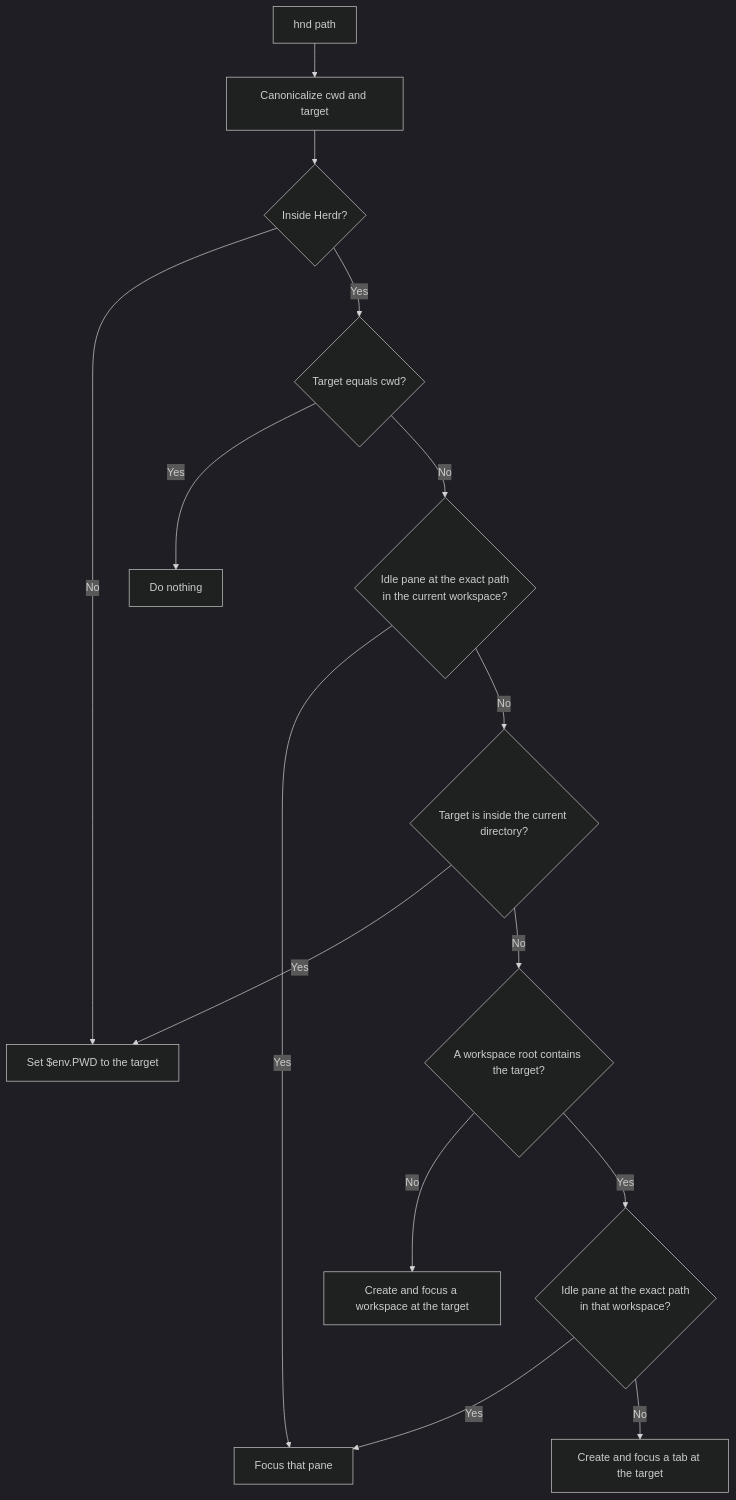
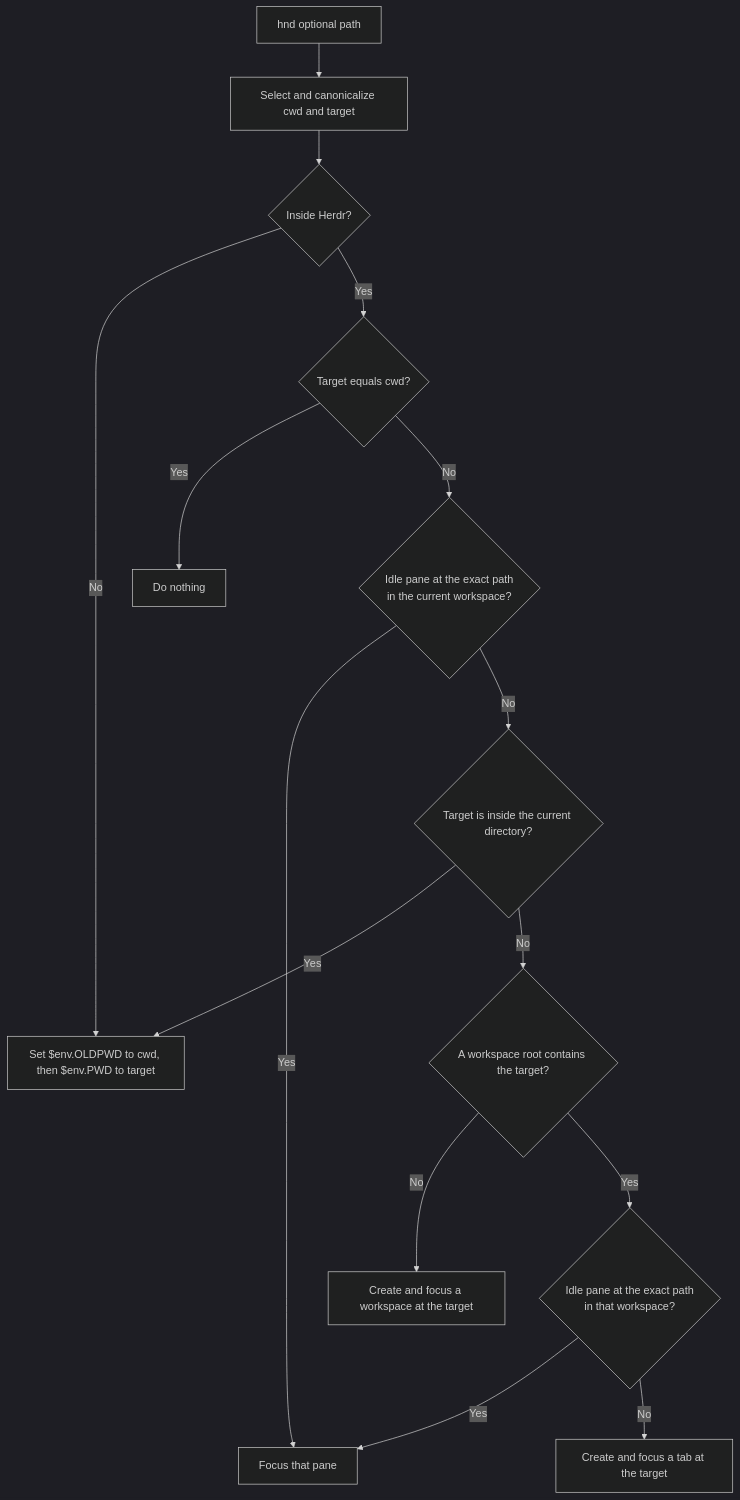
The diagram in README.md (chuang861012/nu_herdr_navigate_directory), drawn with Mermaid (dark theme) before and after one commit. The commit also changed other lines of this file and 7 other files, not shown here.

````diff
--- a/README.md
+++ b/README.md
@@ -93,17 +104,17 @@
 ```mermaid
 flowchart TD
-    A[hnd path] --> B[Canonicalize cwd and target]
+    A[hnd optional path] --> B[Select and canonicalize cwd and target]
     B --> C{Inside Herdr?}
-    C -->|No| D[Set $env.PWD to the target]
+    C -->|No| D[Set $env.OLDPWD to cwd, then $env.PWD to target]
     C -->|Yes| H{Target equals cwd?}
     H -->|Yes| N[Do nothing]
     H -->|No| I{Idle pane at the exact path<br/>in the current workspace?}
     I -->|Yes| J[Focus that pane]
     I -->|No| K{Target is inside the current directory?}
     K -->|Yes| D
     K -->|No| L{A workspace root contains the target?}
     L -->|No| M[Create and focus a workspace at the target]
     L -->|Yes| O{Idle pane at the exact path<br/>in that workspace?}
     O -->|Yes| J
     O -->|No| P[Create and focus a tab at the target]
 ```
````
